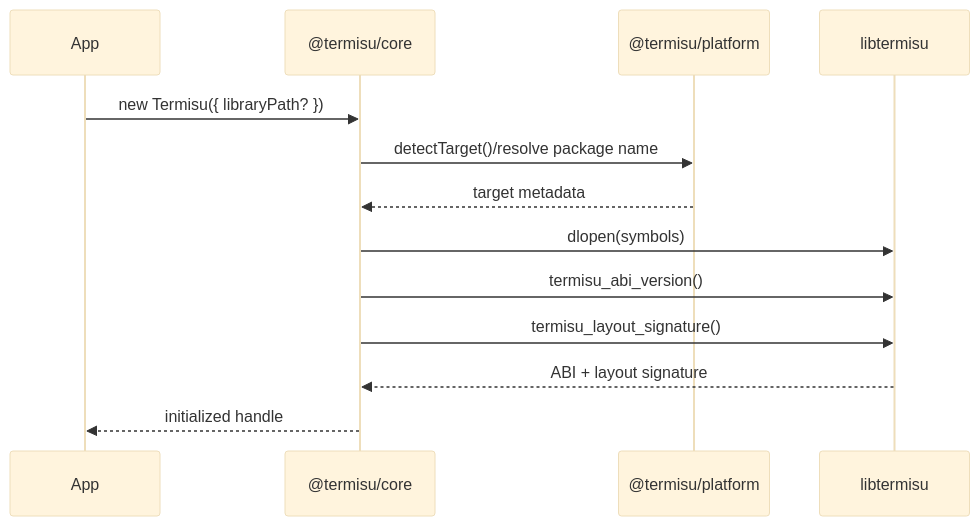
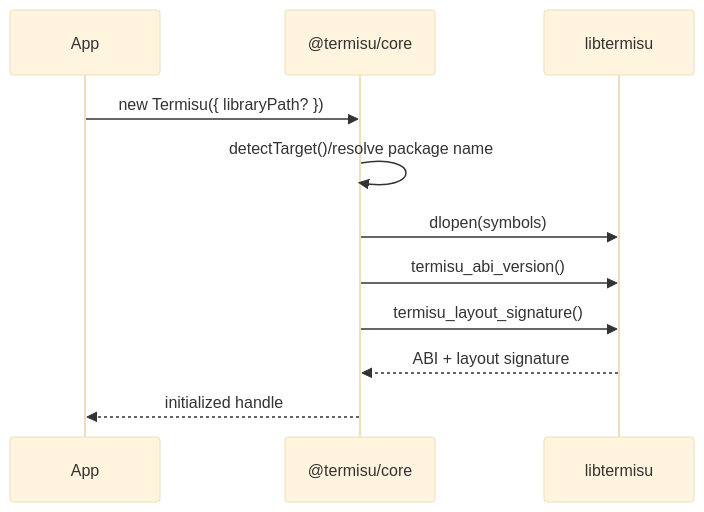
The second of 3 diagrams in architecture/js-runtime-ffi-architecture.md (omarluq/termisu), drawn with Mermaid (base theme) before and after one commit. The commit also changed other lines of this file and 29 other files, not shown here.

Commit message:
refactor(js): fold platform detection into core

````diff
--- a/architecture/js-runtime-ffi-architecture.md
+++ b/architecture/js-runtime-ffi-architecture.md
@@ -79,16 +77,14 @@
 ```mermaid
 sequenceDiagram
   participant App
   participant Core as @termisu/core
-  participant Platform as @termisu/platform
   participant Native as libtermisu
 
   App->>Core: new Termisu({ libraryPath? })
-  Core->>Platform: detectTarget()/resolve package name
-  Platform-->>Core: target metadata
+  Core->>Core: detectTarget()/resolve package name
   Core->>Native: dlopen(symbols)
   Core->>Native: termisu_abi_version()
   Core->>Native: termisu_layout_signature()
   Native-->>Core: ABI + layout signature
   Core-->>App: initialized handle
 ```
````
